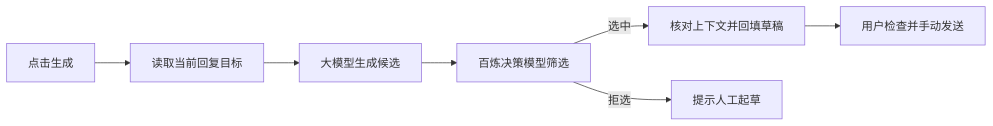
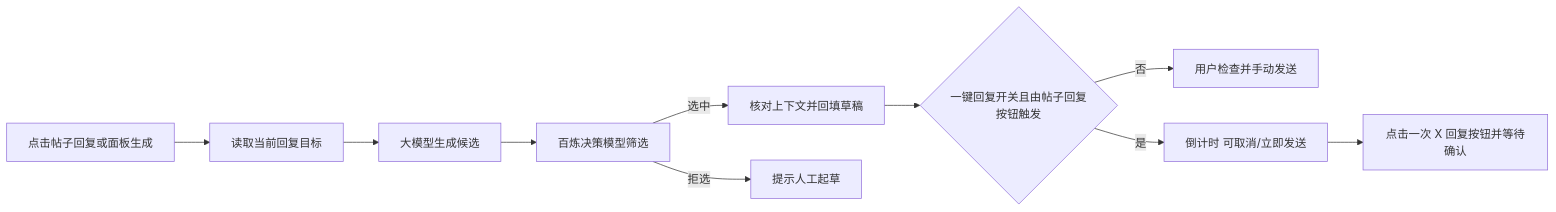
Before and after one commit to xForMe/x-quick-reply: the diagram in readMe.md, drawn with Mermaid. The commit also changed other lines of this file and 43 other files, not shown here.

````diff
--- a/readMe.md
+++ b/readMe.md
@@ -39,9 +41,12 @@
 ```mermaid
 flowchart LR
-    A[点击生成] --> B[读取当前回复目标]
+    A[点击帖子回复或面板生成] --> B[读取当前回复目标]
     B --> C[大模型生成候选]
     C --> D[百炼决策模型筛选]
     D -->|选中| E[核对上下文并回填草稿]
     D -->|拒选| F[提示人工起草]
-    E --> G[用户检查并手动发送]
+    E --> G{一键回复开关且由帖子回复按钮触发}
+    G -->|否| H[用户检查并手动发送]
+    G -->|是| J[倒计时 可取消/立即发送]
+    J --> I[点击一次 X 回复按钮并等待确认]
 ```
````
